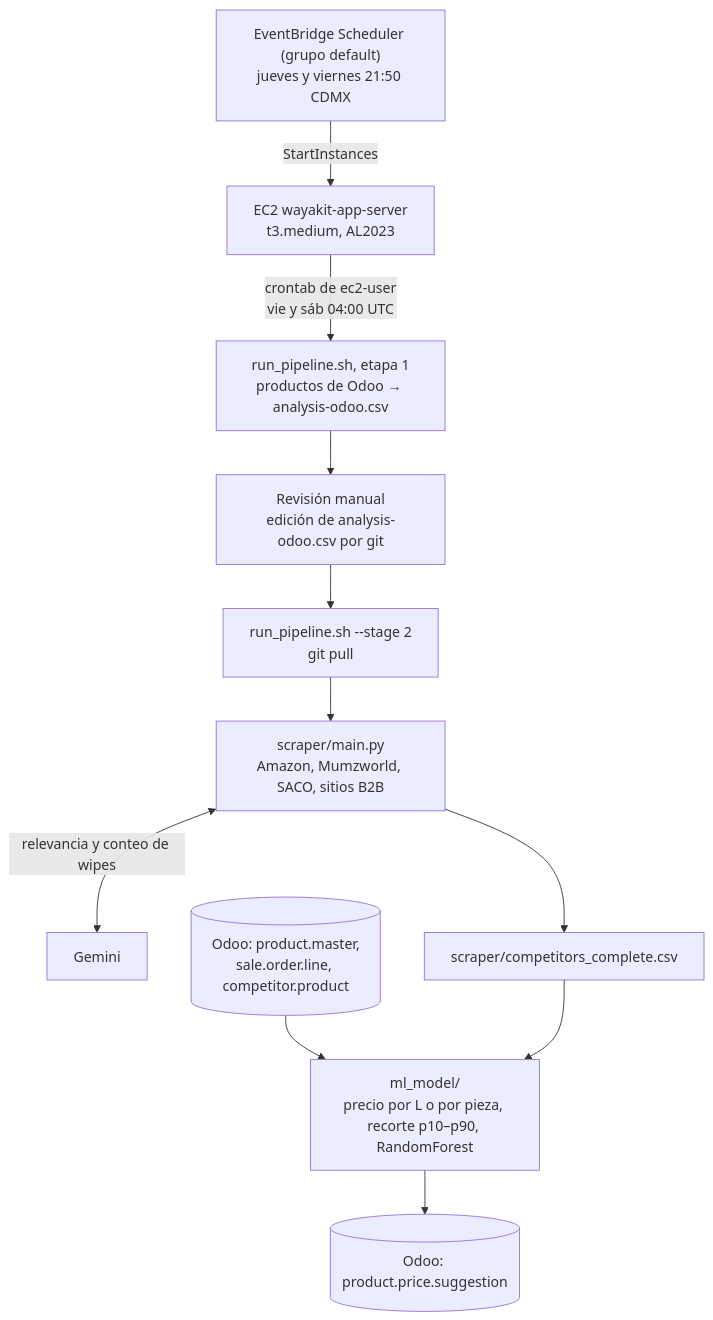
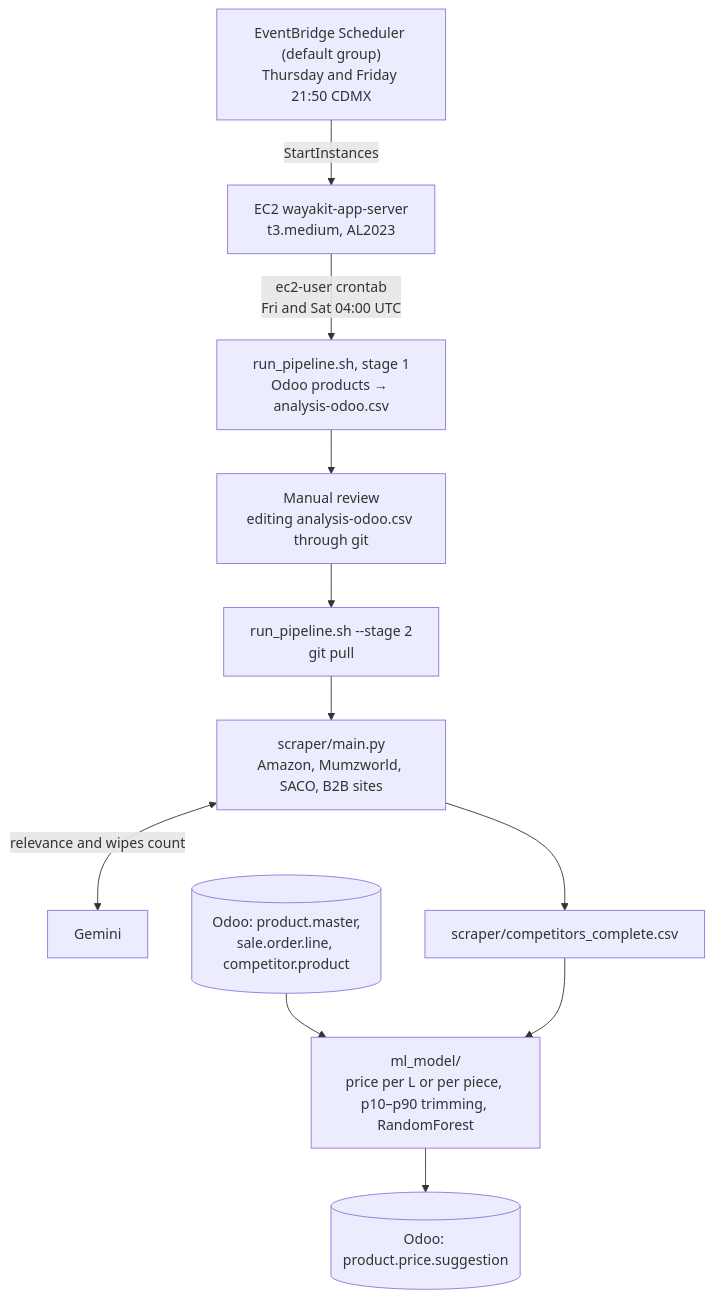
One commit to Wayakit-Biotechnology-in-Hygiene/wayakit-price-prediction changed the diagram in README.md. Above: the diagram before and after it, drawn with Mermaid. The commit also changed other lines of this file and 54 other files, not shown here.

````diff
--- a/README.md
+++ b/README.md
@@ -11,13 +11,13 @@
 ```mermaid
 flowchart TD
-    S["EventBridge Scheduler (grupo default)<br/>jueves y viernes 21:50 CDMX"] -->|StartInstances| EC2["EC2 wayakit-app-server<br/>t3.medium, AL2023"]
-    EC2 -->|"crontab de ec2-user<br/>vie y sáb 04:00 UTC"| E1["run_pipeline.sh, etapa 1<br/>productos de Odoo → analysis-odoo.csv"]
-    E1 --> R["Revisión manual<br/>edición de analysis-odoo.csv por git"]
+    S["EventBridge Scheduler (default group)<br/>Thursday and Friday 21:50 CDMX"] -->|StartInstances| EC2["EC2 wayakit-app-server<br/>t3.medium, AL2023"]
+    EC2 -->|"ec2-user crontab<br/>Fri and Sat 04:00 UTC"| E1["run_pipeline.sh, stage 1<br/>Odoo products → analysis-odoo.csv"]
+    E1 --> R["Manual review<br/>editing analysis-odoo.csv through git"]
     R --> E2["run_pipeline.sh --stage 2<br/>git pull"]
-    E2 --> SC["scraper/main.py<br/>Amazon, Mumzworld, SACO, sitios B2B"]
-    SC <-->|relevancia y conteo de wipes| G["Gemini"]
+    E2 --> SC["scraper/main.py<br/>Amazon, Mumzworld, SACO, B2B sites"]
+    SC <-->|relevance and wipes count| G["Gemini"]
     SC --> CSV["scraper/competitors_complete.csv"]
     OD[("Odoo: product.master,<br/>sale.order.line, competitor.product")] --> ML
-    CSV --> ML["ml_model/<br/>precio por L o por pieza, recorte p10–p90, RandomForest"]
+    CSV --> ML["ml_model/<br/>price per L or per piece, p10–p90 trimming, RandomForest"]
     ML --> OUT[("Odoo: product.price.suggestion")]
 ```
````
